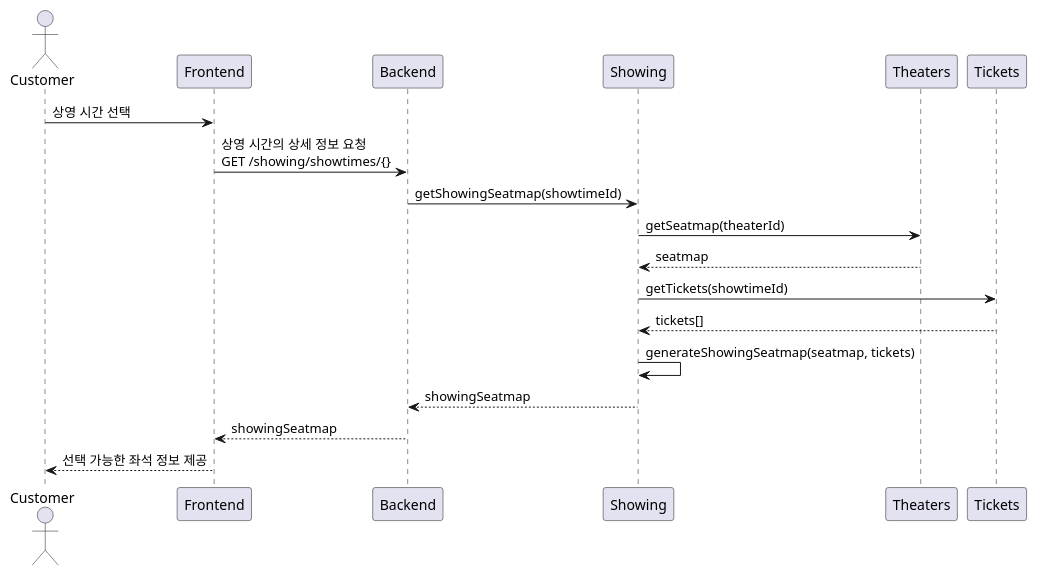
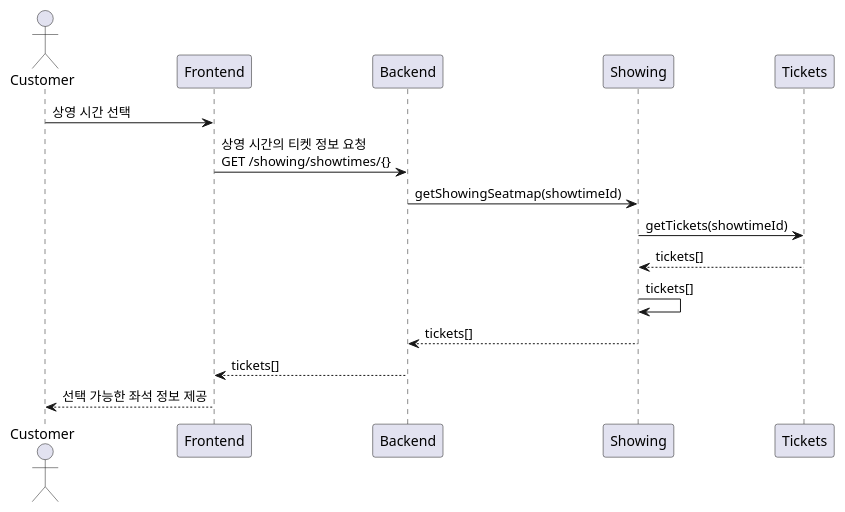
The fifth of 6 diagrams in docs/tickets-purchase.md (hunjuly/nest-seed), drawn with PlantUML before and after one commit. The commit also changed other lines of this file and 6 other files, not shown here.

````diff
--- a/docs/tickets-purchase.md
+++ b/docs/tickets-purchase.md
@@ -158,17 +158,15 @@
 ```plantuml
 @startuml
 actor Customer
 
 Customer -> Frontend : 상영 시간 선택
-    Frontend -> Backend : 상영 시간의 상세 정보 요청\nGET /showing/showtimes/{}
+    Frontend -> Backend : 상영 시간의 티켓 정보 요청\nGET /showing/showtimes/{}
         Backend -> Showing : getShowingSeatmap(showtimeId)
-            Showing -> Theaters : getSeatmap(theaterId)
-            Showing <-- Theaters : seatmap
             Showing -> Tickets : getTickets(showtimeId)
             Showing <-- Tickets : tickets[]
-            Showing -> Showing : generateShowingSeatmap(seatmap, tickets)
-        Backend <-- Showing: showingSeatmap
-    Frontend <-- Backend : showingSeatmap
+            Showing -> Showing : tickets[]
+        Backend <-- Showing: tickets[]
+    Frontend <-- Backend : tickets[]
 Customer <-- Frontend : 선택 가능한 좌석 정보 제공
 @enduml
 ```
````
